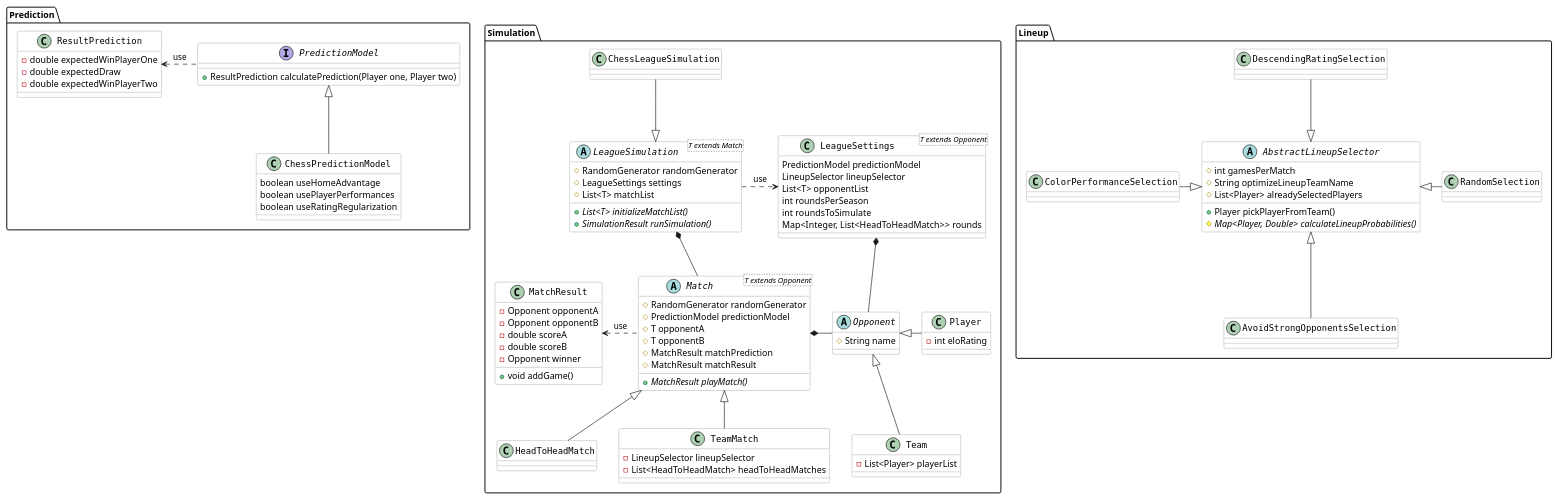
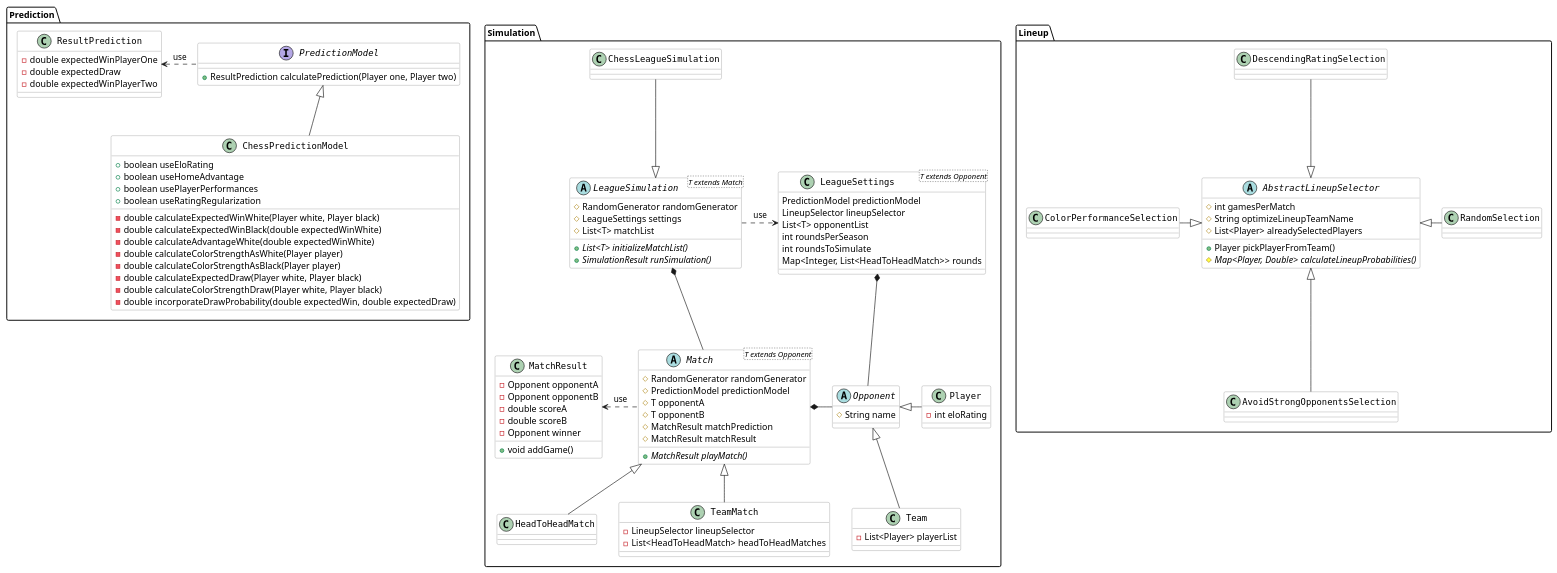
One commit to ben05s/league-montecarlo-simulation changed the diagram in diagrams/simulation.puml. Above: the diagram before and after it, drawn with PlantUML. The commit also changed 88 other files, not shown here.

Commit message:
useEloRating in prediction model and added uml

```diff
--- a/diagrams/simulation.puml
+++ b/diagrams/simulation.puml
@@ -1,119 +1,128 @@
 @startuml
 
 skinparam class {
     FontColor black
     BackgroundColor white
     BorderColor grey
     FontName Monospaced
 }
 package "Prediction" {
     interface PredictionModel {
         +ResultPrediction calculatePrediction(Player one, Player two)
     }
 
     class ChessPredictionModel {
-        boolean useHomeAdvantage
-        boolean usePlayerPerformances
-        boolean useRatingRegularization
+        +boolean useEloRating
+        +boolean useHomeAdvantage
+        +boolean usePlayerPerformances
+        +boolean useRatingRegularization
+        -double calculateExpectedWinWhite(Player white, Player black)
+        -double calculateExpectedWinBlack(double expectedWinWhite)
+        -double calculateAdvantageWhite(double expectedWinWhite)
+        -double calculateColorStrengthAsWhite(Player player)
+        -double calculateColorStrengthAsBlack(Player player)
+        -double calculateExpectedDraw(Player white, Player black)
+        -double calculateColorStrengthDraw(Player white, Player black)
+        -double incorporateDrawProbability(double expectedWin, double expectedDraw)
     }
 
     class ResultPrediction {
         -double expectedWinPlayerOne
         -double expectedDraw
         -double expectedWinPlayerTwo
     }
     ResultPrediction <. PredictionModel : use
     PredictionModel <|-- ChessPredictionModel
 }
 
 package "Simulation" {
     abstract class LeagueSimulation<T extends Match> #white {
         #RandomGenerator randomGenerator
         #LeagueSettings settings
         #List<T> matchList
         +{abstract} List<T> initializeMatchList()
         +{abstract} SimulationResult runSimulation()
     }
 
     class ChessLeagueSimulation {
     }
 
     class LeagueSettings<T extends Opponent> {
         PredictionModel predictionModel
         LineupSelector lineupSelector
         List<T> opponentList
         int roundsPerSeason
         int roundsToSimulate
         Map<Integer, List<HeadToHeadMatch>> rounds
     }
 
     abstract Match<T extends Opponent> {
         #RandomGenerator randomGenerator
         #PredictionModel predictionModel
         #T opponentA
         #T opponentB
         #MatchResult matchPrediction
         #MatchResult matchResult
         +{abstract}MatchResult playMatch()
     }
 
     class HeadToHeadMatch {
 
     }
 
     class TeamMatch {
         -LineupSelector lineupSelector
         -List<HeadToHeadMatch> headToHeadMatches
     }
 
     abstract Opponent {
         #String name
     }
 
     class Player {
         -int eloRating
     }
 
     class Team {
         -List<Player> playerList
     }
 
     class MatchResult {
         -Opponent opponentA
         -Opponent opponentB
         -double scoreA
         -double scoreB
         -Opponent winner
         +void addGame()
     }
 
     ChessLeagueSimulation --|> LeagueSimulation
     Match <|-- TeamMatch
     Match <|-- HeadToHeadMatch
 
     MatchResult <. Match : use
 
     Opponent <|- Player
     Opponent <|-- Team
 
     Match *- Opponent
     LeagueSettings *-- Opponent
     LeagueSimulation *-- Match
 
     LeagueSimulation .> LeagueSettings : use
 }
 
 package "Lineup" {
     abstract AbstractLineupSelector {
         #int gamesPerMatch
         #String optimizeLineupTeamName
         #List<Player> alreadySelectedPlayers
         +Player pickPlayerFromTeam()
         #{abstract} Map<Player, Double> calculateLineupProbabilities()
     }
     AbstractLineupSelector <|-- AvoidStrongOpponentsSelection
     ColorPerformanceSelection -|> AbstractLineupSelector
     DescendingRatingSelection --|> AbstractLineupSelector
     AbstractLineupSelector <|- RandomSelection
 }
 @enduml
```
